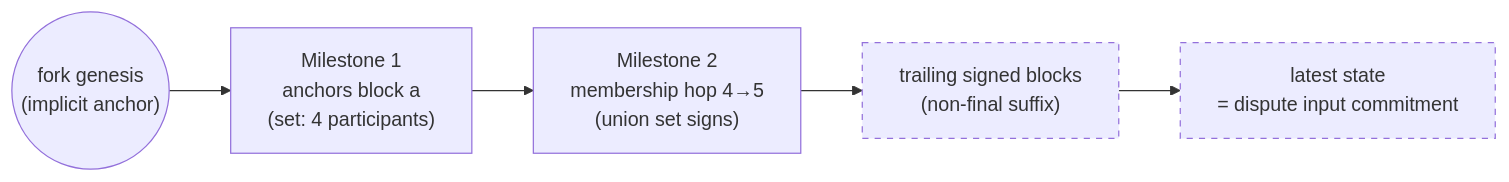
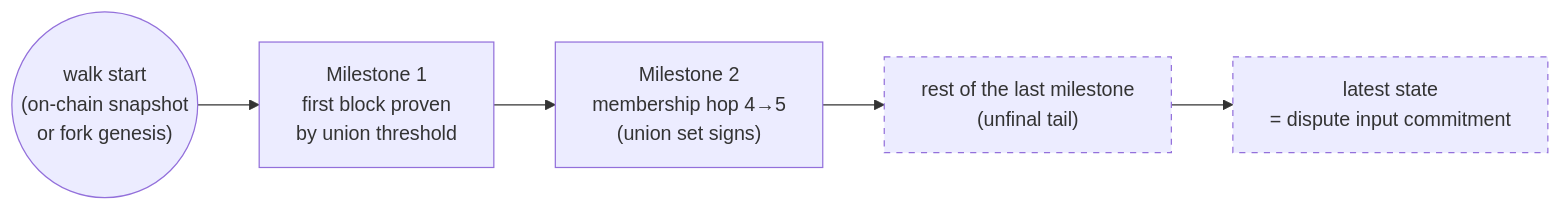
One commit to peer3to/state-channels-plus changed the diagram in docs/spec/specification/disputes/state-proofs.md. Above: the diagram before and after it, drawn with Mermaid. The commit also changed other lines of this file and 388 other files, not shown here.

Commit message:
Old plan on how to remove signed blocks from state proof

````diff
--- a/docs/spec/specification/disputes/state-proofs.md
+++ b/docs/spec/specification/disputes/state-proofs.md
@@ -68,9 +75,9 @@
 ```mermaid
 flowchart LR
-    G(("fork genesis<br/>(implicit anchor)")) --> M1["Milestone 1<br/>anchors block a<br/>(set: 4 participants)"]
+    S(("walk start<br/>(on-chain snapshot<br/>or fork genesis)")) --> M1["Milestone 1<br/>first block proven<br/>by union threshold"]
     M1 --> M2["Milestone 2<br/>membership hop 4→5<br/>(union set signs)"]
-    M2 --> S["trailing signed blocks<br/>(non-final suffix)"]
-    S --> L["latest state<br/>= dispute input commitment"]
-    style S stroke-dasharray: 5 5
+    M2 --> T["rest of the last milestone<br/>(unfinal tail)"]
+    T --> L["latest state<br/>= dispute input commitment"]
+    style T stroke-dasharray: 5 5
     style L stroke-dasharray: 5 5
 ```
````
